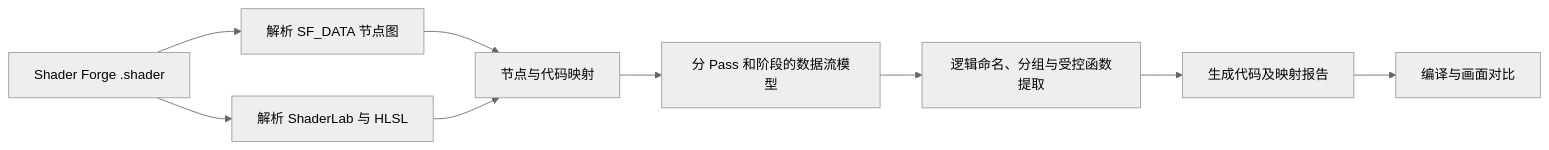
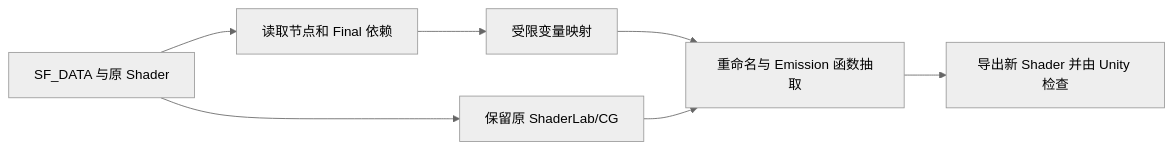
Before and after one commit to Nnnnobel/ShaderForgeConvert: the diagram in docs/项目文档.md, drawn with Mermaid (neutral theme). The commit also changed other lines of this file and 8 other files, not shown here.

````diff
--- a/docs/项目文档.md
+++ b/docs/项目文档.md
@@ -78,11 +31,9 @@
 ```mermaid
 flowchart LR
-  A[Shader Forge .shader] --> B[解析 SF_DATA 节点图]
-  A --> C[解析 ShaderLab 与 HLSL]
-  B --> D[节点与代码映射]
-  C --> D
-  D --> E[分 Pass 和阶段的数据流模型]
-  E --> F[逻辑命名、分组与受控函数提取]
-  F --> G[生成代码及映射报告]
-  G --> H[编译与画面对比]
+  A[SF_DATA 与原 Shader] --> B[读取节点和 Final 依赖]
+  B --> C[受限变量映射]
+  A --> D[保留原 ShaderLab/CG]
+  C --> E[重命名与 Emission 函数抽取]
+  D --> E
+  E --> F[导出新 Shader 并由 Unity 检查]
 ```
````
